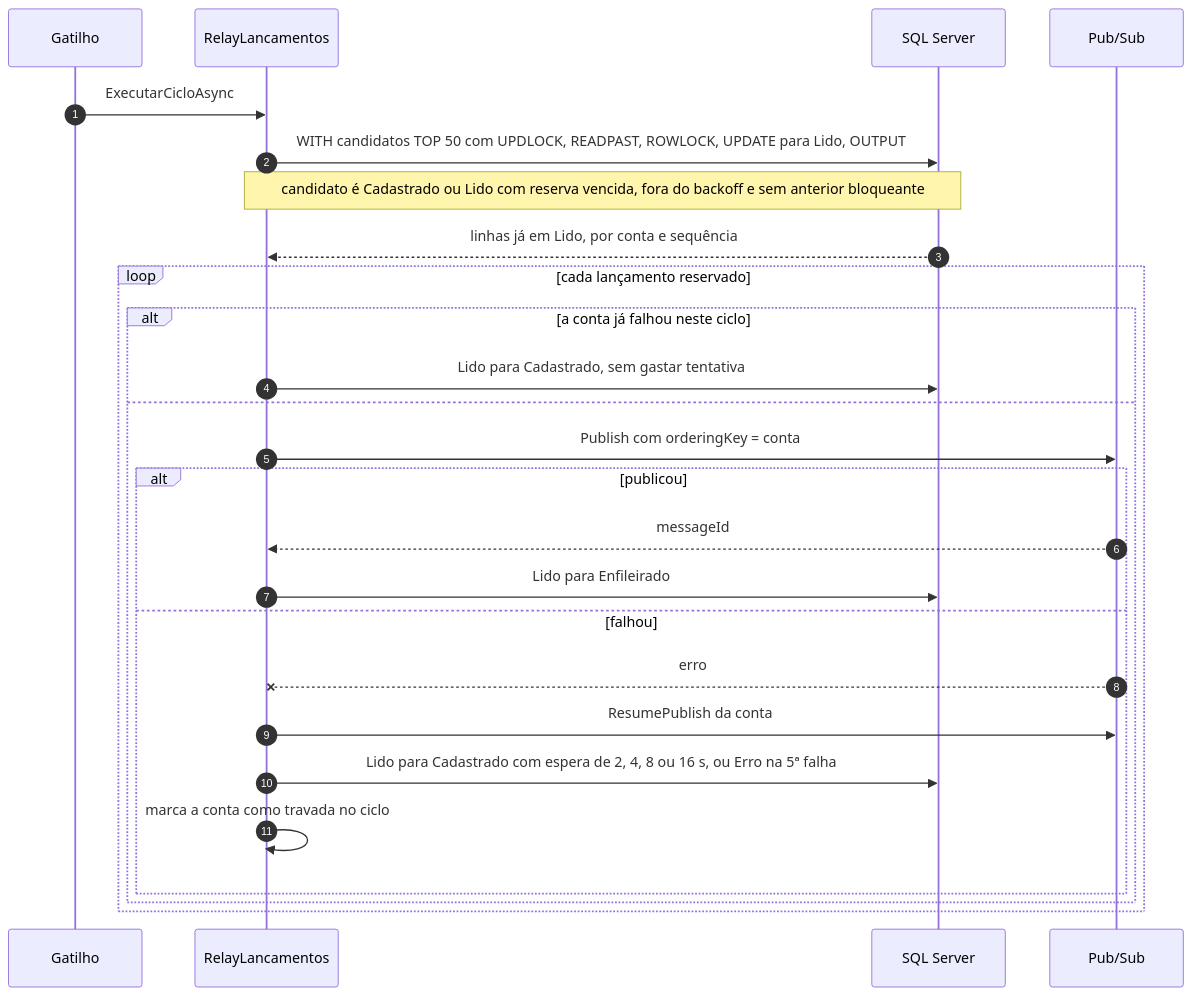
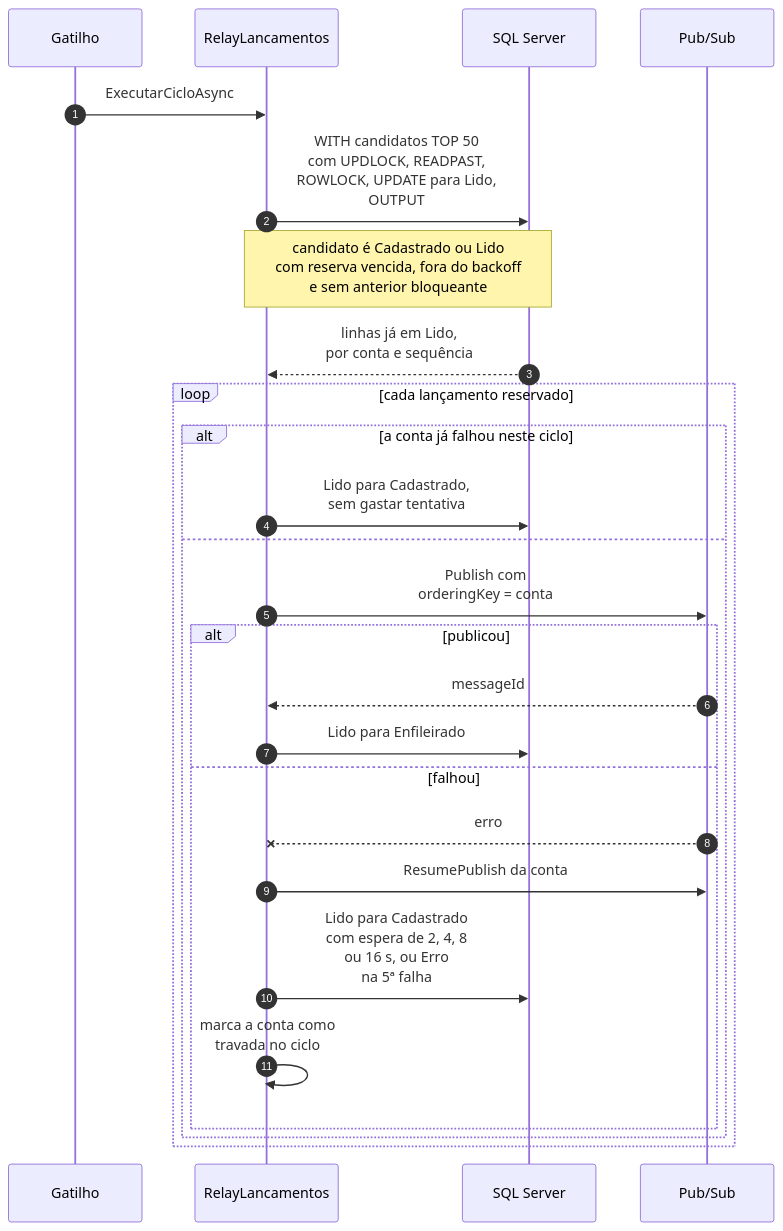
Diagram 18 of 23 in docs/arquitetura/software/02-c4-componentes-e-codigo.md (michellerodrigues/lancamentos-diarios-poc), drawn with Mermaid before and after one commit. The commit also changed other lines of this file and 45 other files, not shown here.

````diff
--- a/docs/arquitetura/software/02-c4-componentes-e-codigo.md
+++ b/docs/arquitetura/software/02-c4-componentes-e-codigo.md
@@ -747,28 +879,28 @@
 ```mermaid
 sequenceDiagram
     autonumber
     participant T as Gatilho
     participant R as RelayLancamentos
     participant DB as SQL Server
     participant PS as Pub/Sub
     T->>R: ExecutarCicloAsync
-    R->>DB: WITH candidatos TOP 50 com UPDLOCK, READPAST, ROWLOCK, UPDATE para Lido, OUTPUT
-    Note over R,DB: candidato é Cadastrado ou Lido com reserva vencida, fora do backoff e sem anterior bloqueante
-    DB-->>R: linhas já em Lido, por conta e sequência
+    R->>DB: WITH candidatos TOP 50<br/>com UPDLOCK, READPAST,<br/>ROWLOCK, UPDATE para Lido,<br/>OUTPUT
+    Note over R,DB: candidato é Cadastrado ou Lido<br/>com reserva vencida, fora do backoff<br/>e sem anterior bloqueante
+    DB-->>R: linhas já em Lido,<br/>por conta e sequência
     loop cada lançamento reservado
         alt a conta já falhou neste ciclo
-            R->>DB: Lido para Cadastrado, sem gastar tentativa
+            R->>DB: Lido para Cadastrado,<br/>sem gastar tentativa
         else
-            R->>PS: Publish com orderingKey = conta
+            R->>PS: Publish com<br/>orderingKey = conta
             alt publicou
                 PS-->>R: messageId
                 R->>DB: Lido para Enfileirado
             else falhou
                 PS--xR: erro
                 R->>PS: ResumePublish da conta
-                R->>DB: Lido para Cadastrado com espera de 2, 4, 8 ou 16 s, ou Erro na 5ª falha
-                R->>R: marca a conta como travada no ciclo
+                R->>DB: Lido para Cadastrado<br/>com espera de 2, 4, 8<br/>ou 16 s, ou Erro<br/>na 5ª falha
+                R->>R: marca a conta como<br/>travada no ciclo
             end
         end
     end
 ```
````
